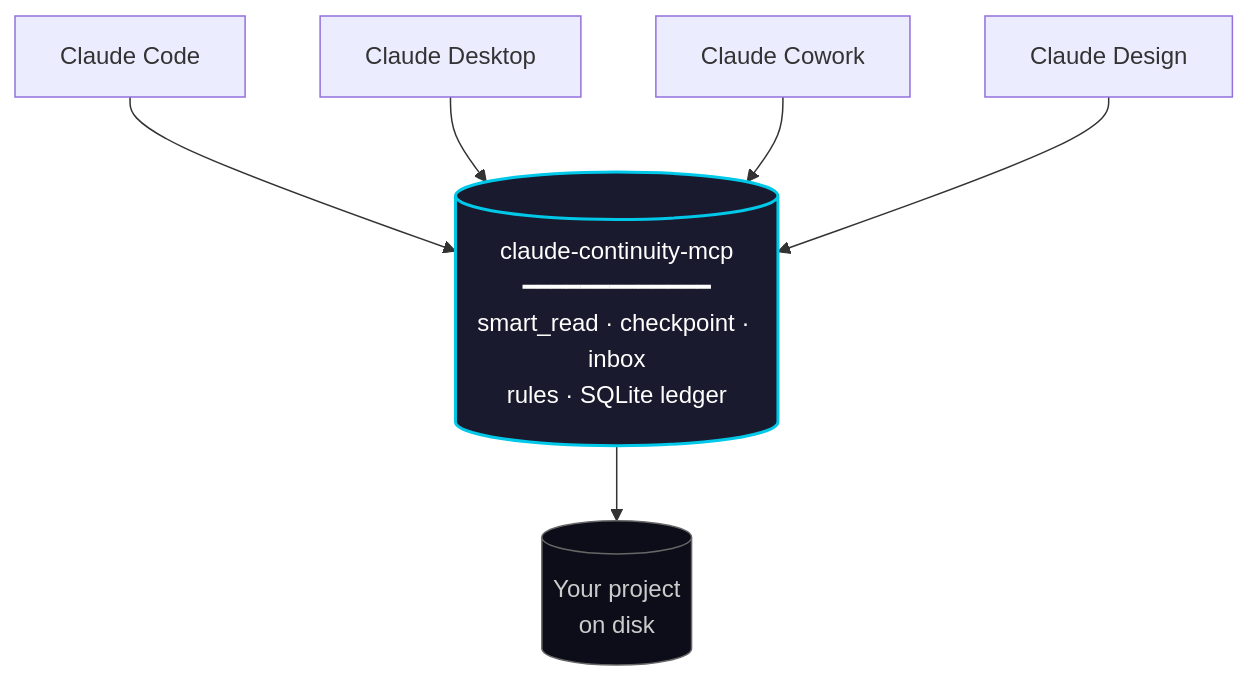
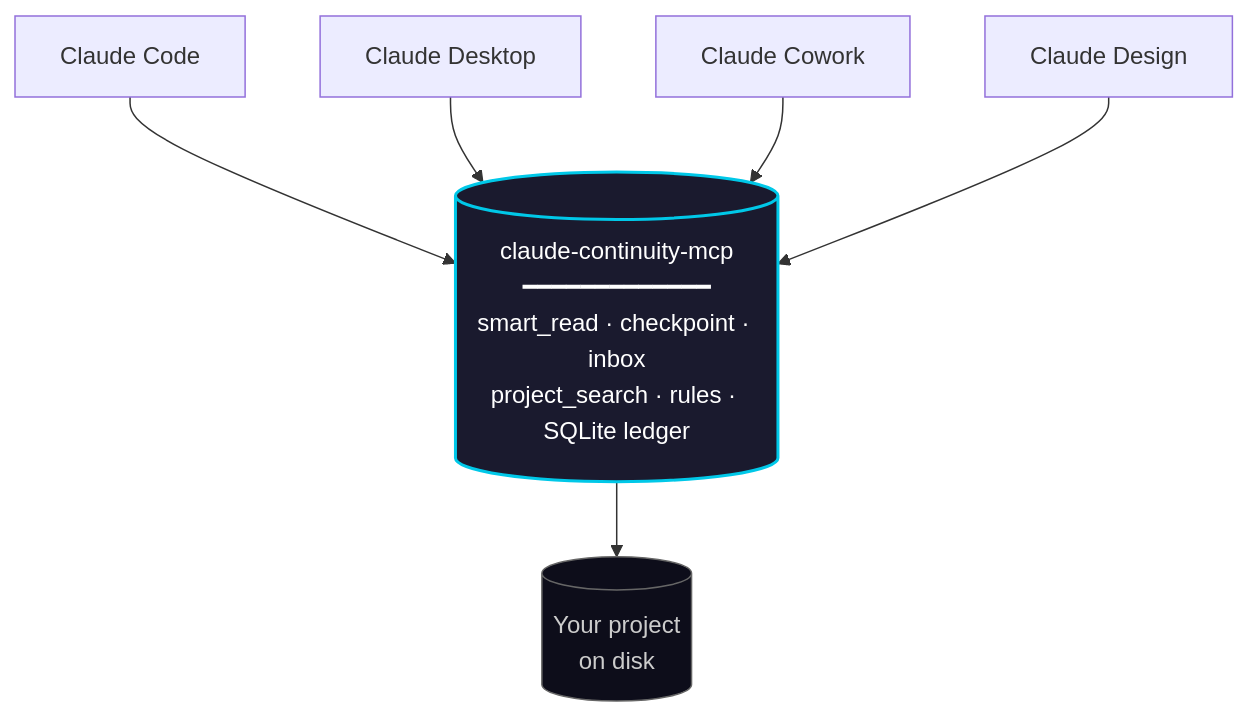
The diagram in README.md (gabicacabelos/claude-mcp-router), drawn with Mermaid before and after one commit. The commit also changed other lines of this file and 5 other files, not shown here.

First line of the commit message:
feat(search): v3.3.0 — router_project_search, indice BM25 cross-archivo incremental

````diff
--- a/README.md
+++ b/README.md
@@ -7,12 +7,12 @@
 ```mermaid
 graph TD
     A[Claude Code] --> M
     B[Claude Desktop] --> M
     C[Claude Cowork] --> M
     D[Claude Design] --> M
 
-    M[("claude-continuity-mcp<br/>━━━━━━━━━━━━━<br/>smart_read · checkpoint · inbox<br/>rules · SQLite ledger")] --> P[(Your project<br/>on disk)]
+    M[("claude-continuity-mcp<br/>━━━━━━━━━━━━━<br/>smart_read · checkpoint · inbox<br/>project_search · rules · SQLite ledger")] --> P[(Your project<br/>on disk)]
 
     style M fill:#1a1a2e,stroke:#00c8e8,stroke-width:2px,color:#fff
     style P fill:#0d0d1a,stroke:#666,stroke-width:1px,color:#ccc
 ```
````
